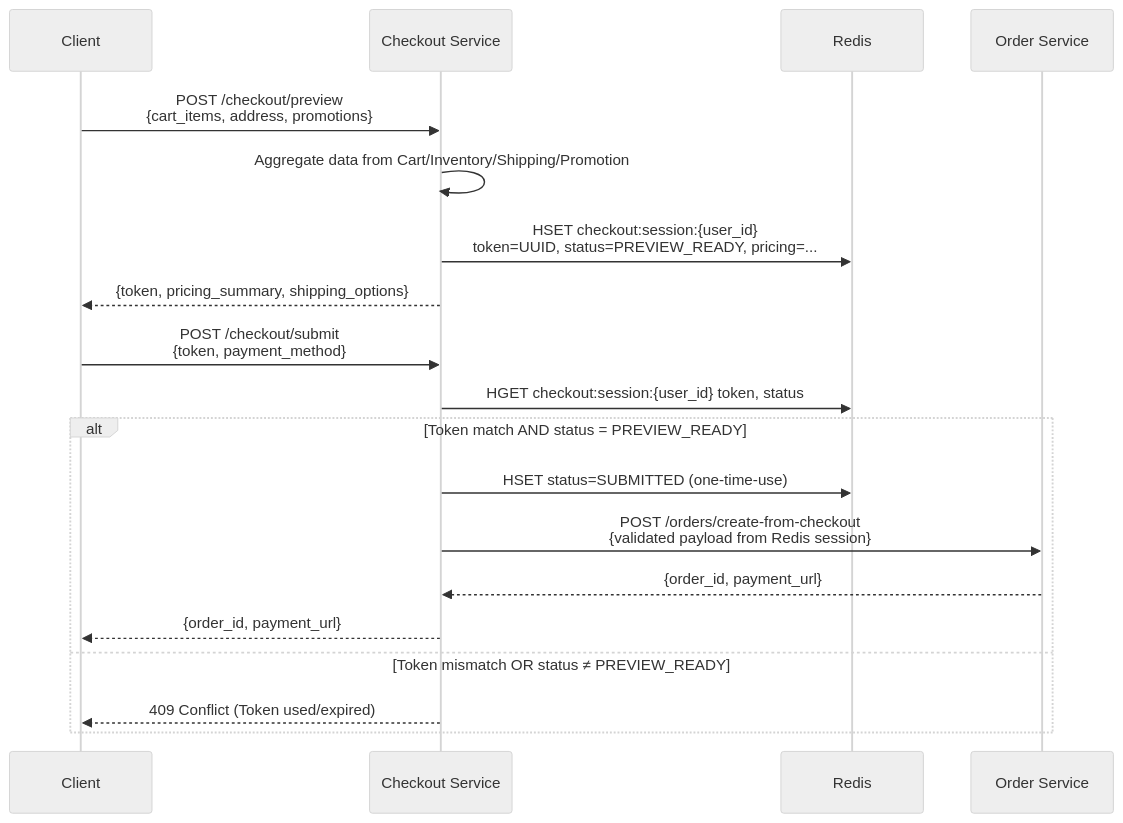
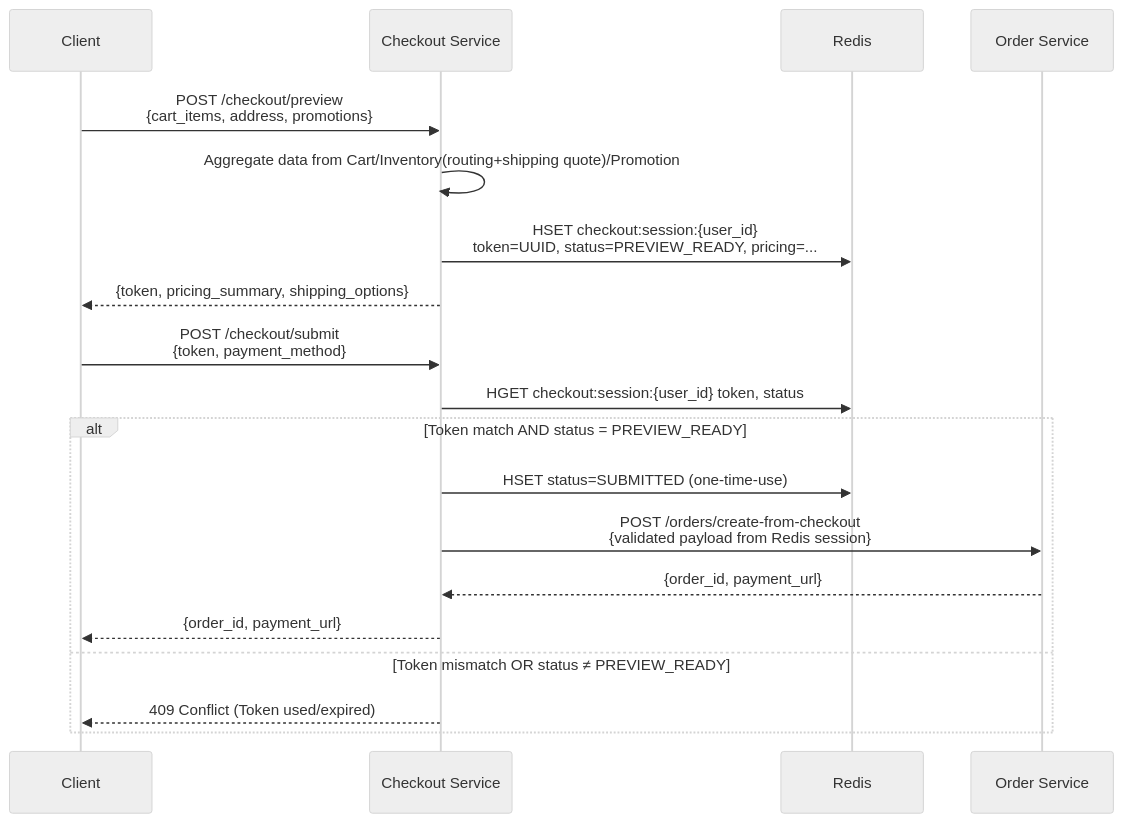
One commit to quangdung2110/e-commerce-microservices changed the diagram in docs/checkout/checkout_idempotency.md. Above: the diagram before and after it, drawn with Mermaid (neutral theme). The commit also changed other lines of this file and 85 other files, not shown here.

````diff
--- a/docs/checkout/checkout_idempotency.md
+++ b/docs/checkout/checkout_idempotency.md
@@ -22,23 +22,23 @@
 ```mermaid
 sequenceDiagram
     participant Client
     participant CS as Checkout Service
     participant Redis
     participant OS as Order Service
 
     Client->>CS: POST /checkout/preview<br>{cart_items, address, promotions}
-    CS->>CS: Aggregate data from Cart/Inventory/Shipping/Promotion
+    CS->>CS: Aggregate data from Cart/Inventory(routing+shipping quote)/Promotion
     CS->>Redis: HSET checkout:session:{user_id}<br>token=UUID, status=PREVIEW_READY, pricing=...
     CS-->>Client: {token, pricing_summary, shipping_options}
 
     Client->>CS: POST /checkout/submit<br>{token, payment_method}
     CS->>Redis: HGET checkout:session:{user_id} token, status
     alt Token match AND status = PREVIEW_READY
         CS->>Redis: HSET status=SUBMITTED (one-time-use)
         CS->>OS: POST /orders/create-from-checkout<br>{validated payload from Redis session}
         OS-->>CS: {order_id, payment_url}
         CS-->>Client: {order_id, payment_url}
     else Token mismatch OR status ≠ PREVIEW_READY
         CS-->>Client: 409 Conflict (Token used/expired)
     end
 ```
````
